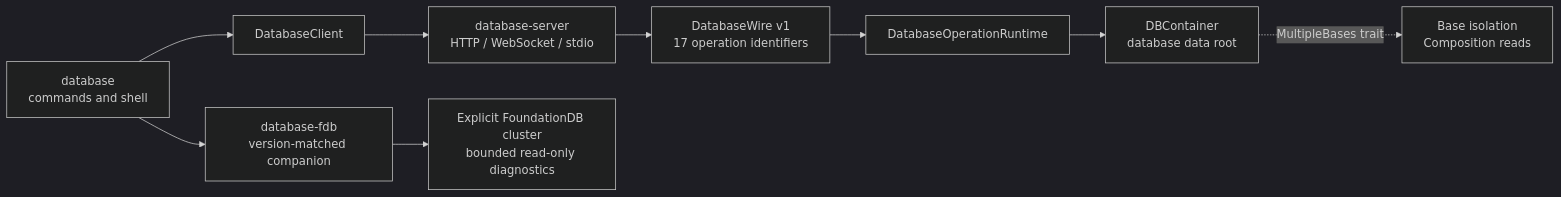
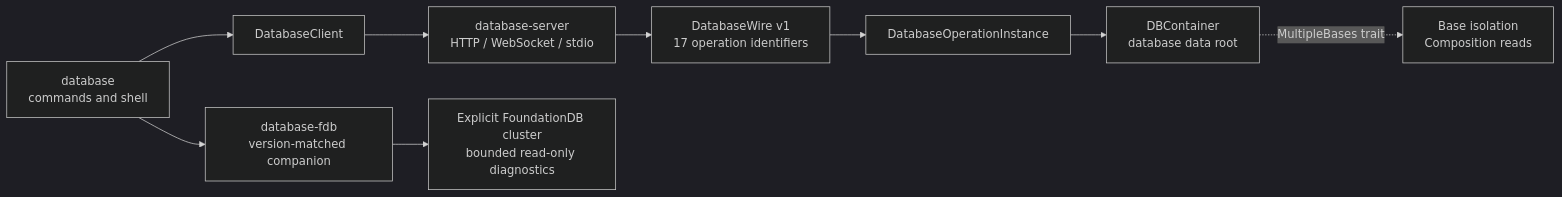
The diagram in README.md (1amageek/database-cli), drawn with Mermaid (dark theme) before and after one commit. The commit also changed other lines of this file and 15 other files, not shown here.

````diff
--- a/README.md
+++ b/README.md
@@ -10,12 +10,12 @@
 ```mermaid
 flowchart LR
     CLI["database<br/>commands and shell"] --> Client["DatabaseClient"]
     Client --> Host["database-server<br/>HTTP / WebSocket / stdio"]
     Host --> Wire["DatabaseWire v1<br/>17 operation identifiers"]
-    Wire --> Runtime["DatabaseOperationRuntime"]
+    Wire --> Runtime["DatabaseOperationInstance"]
     Runtime --> Container["DBContainer<br/>database data root"]
     Container -. "MultipleBases trait" .-> Bases["Base isolation<br/>Composition reads"]
 
     CLI --> Helper["database-fdb<br/>version-matched companion"]
     Helper --> FDB["Explicit FoundationDB cluster<br/>bounded read-only diagnostics"]
 ```
````
